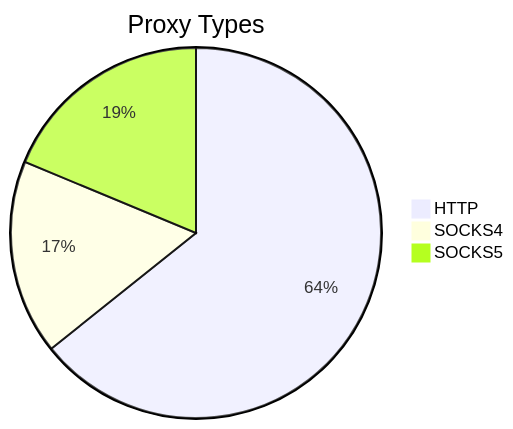
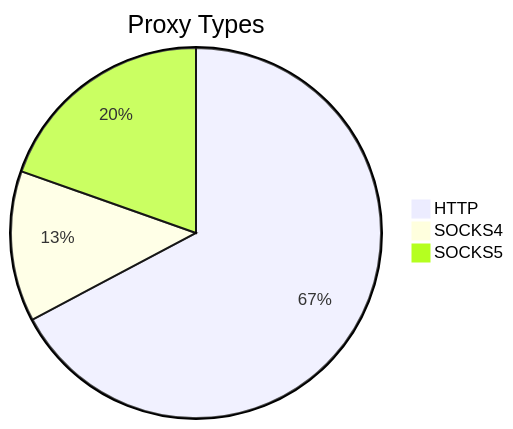
The first of 2 diagrams in README.md (stormsia/proxy-list), drawn with Mermaid before and after one commit. The commit also changed other lines of this file, not shown here.

````diff
--- a/README.md
+++ b/README.md
@@ -21,6 +21,6 @@
 ```mermaid
 pie title Proxy Types
-    "HTTP" : 223
-    "SOCKS4" : 59
-    "SOCKS5" : 65
+    "HTTP" : 230
+    "SOCKS4" : 45
+    "SOCKS5" : 67
 ```
````
